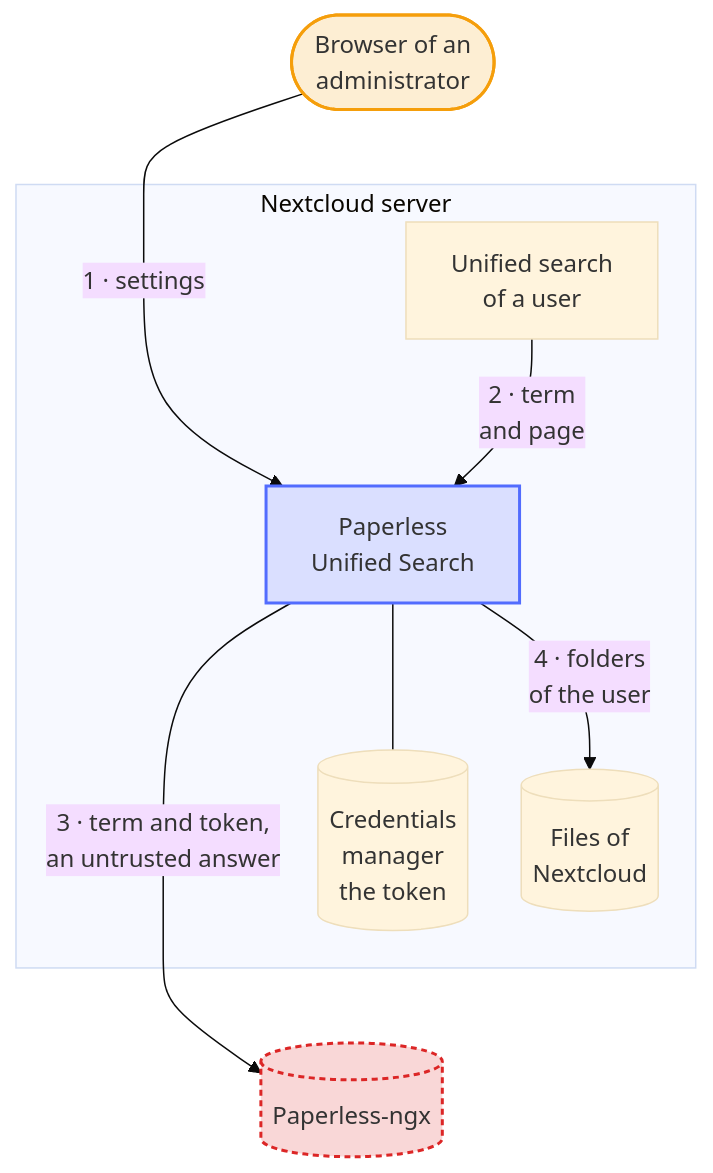
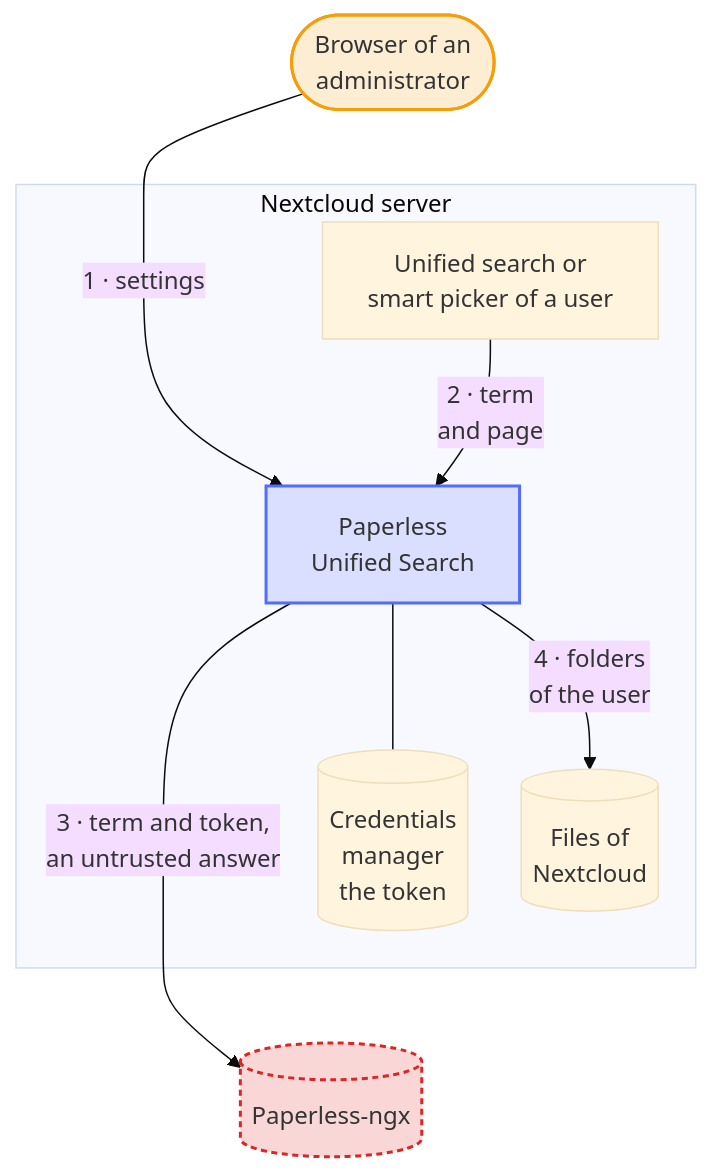
Before and after one commit to Dennis-Otto/paperless-unified-search: the diagram in docs/security.md, drawn with Mermaid (base theme). The commit also changed other lines of this file and 24 other files, not shown here.

First line of the commit message:
feat: find Paperless documents from the smart picker in Talk, Text, Deck and Mail (#114)

````diff
--- a/docs/security.md
+++ b/docs/security.md
@@ -33,35 +35,35 @@
 ```mermaid
 ---
 config:
   flowchart:
     wrappingWidth: 400
     nodeSpacing: 30
 ---
 flowchart TB
     accTitle: The trust boundaries
-    accDescr: Four boundaries meet at Paperless Unified Search on the Nextcloud server. 1, the browser of an administrator sends the settings. 2, the unified search of a user sends the term and the page. 3, the app sends the term and the token to Paperless-ngx outside the server and gets an untrusted answer. 4, the app looks into the folders of the user for files of the archive account. The token stays in the credentials manager of the server.
+    accDescr: Four boundaries meet at Paperless Unified Search on the Nextcloud server. 1, the browser of an administrator sends the settings. 2, the unified search or the smart picker of a user sends the term and the page. 3, the app sends the term and the token to Paperless-ngx outside the server and gets an untrusted answer. 4, the app looks into the folders of the user for files of the archive account. The token stays in the credentials manager of the server.
 
     browser(["Browser of an<br>administrator"])
     subgraph server ["Nextcloud server"]
-        search["Unified search<br>of a user"]
+        search["Unified search or<br>smart picker of a user"]
         app["Paperless<br>Unified Search"]
         files[("Files of<br>Nextcloud")]
         credentials[("Credentials<br>manager<br>the token")]
     end
     paperless[("Paperless-ngx")]
 
     browser -- "1 · settings" --> app
     search -- "2 · term<br>and page" --> app
     app -- "3 · term and token,<br>an untrusted answer" --> paperless
     app -- "4 · folders<br>of the user" --> files
     app --- credentials
     browser ~~~ search
     files ~~~ paperless
 
     classDef app fill:#526cfe2e,stroke:#526cfe,stroke-width:2px
     classDef person fill:#f59e0b2e,stroke:#f59e0b,stroke-width:2px
     classDef untrusted fill:#dc26262e,stroke:#dc2626,stroke-width:2px,stroke-dasharray:4 3
     class app app
     class browser person
     class paperless untrusted
 ```
````
